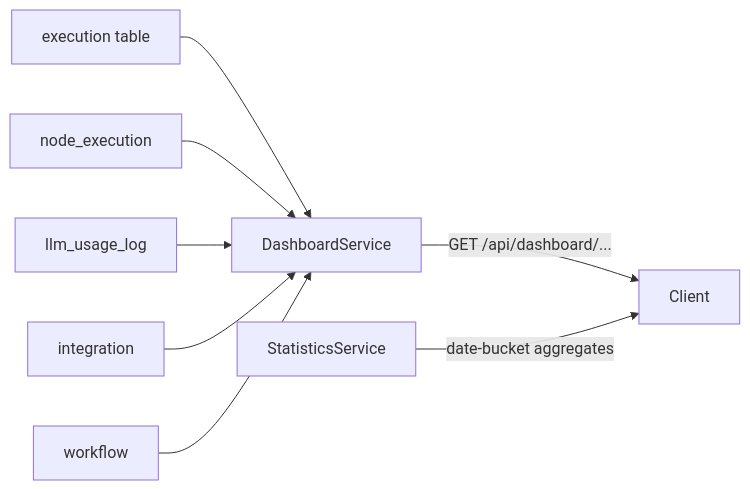
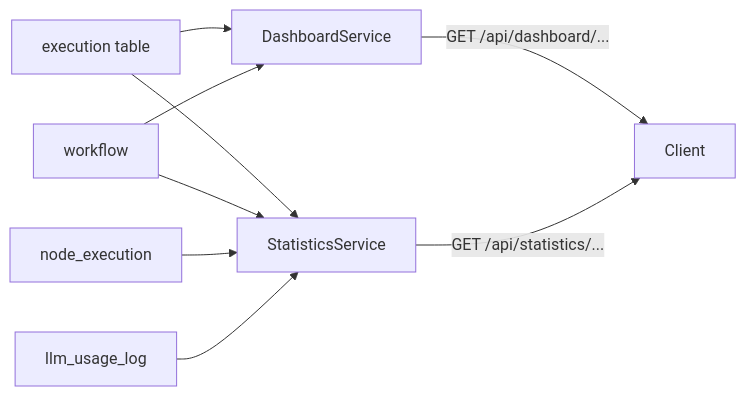
Before and after one commit to worker-ants/clemvion: the second of 4 diagrams in spec/data-flow/9-observability.md, drawn with Mermaid. The commit also changed other lines of this file and 89 other files, not shown here.

First line of the commit message:
docs(spec): spec↔code 전수 상호 감사 — 역방향 커버리지 + drift 동기화 + data-flow 재구성 (위반 19건 보고) (#516)

````diff
--- a/spec/data-flow/9-observability.md
+++ b/spec/data-flow/9-observability.md
@@ -54,10 +54,11 @@
 ```mermaid
 flowchart LR
   EX[execution table] --> DBS[DashboardService]
-  NX[node_execution] --> DBS
-  LUL[llm_usage_log] --> DBS
-  INT[integration] --> DBS
   WF[workflow] --> DBS
   DBS -->|GET /api/dashboard/...| Client
-  STATS[StatisticsService] -->|date-bucket aggregates| Client
+  EX --> STATS[StatisticsService]
+  WF --> STATS
+  NX[node_execution] --> STATS
+  LUL[llm_usage_log] --> STATS
+  STATS -->|GET /api/statistics/...| Client
 ```
````
